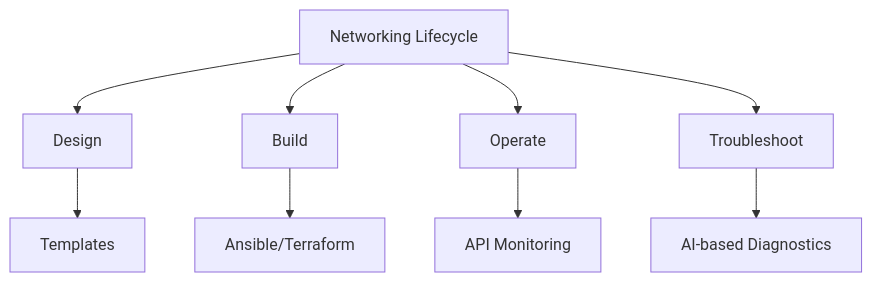
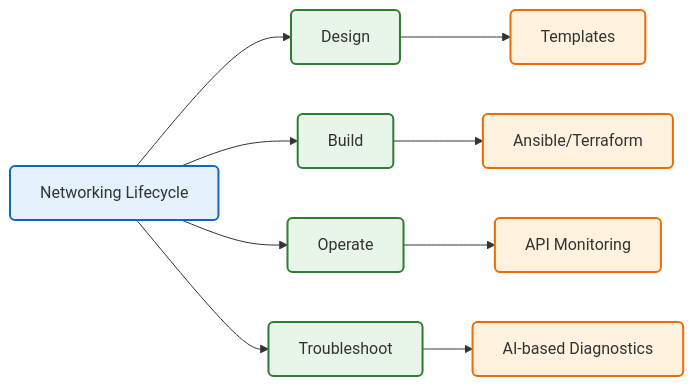
The diagram in diagrams/08-automation-lifecycle.md (tej554/network-automation-visuals), drawn with Mermaid before and after one commit. The commit also changed 16 other files, not shown here.

````diff
--- a/diagrams/08-automation-lifecycle.md
+++ b/diagrams/08-automation-lifecycle.md
@@ -7,13 +7,22 @@
 ```mermaid
-flowchart TD
+flowchart LR
     N[Networking Lifecycle]
     N --> D[Design]
     N --> B[Build]
     N --> O[Operate]
     N --> T[Troubleshoot]
 
     D --> D1[Templates]
     B --> B1[Ansible/Terraform]
     O --> O1[API Monitoring]
     T --> T1[AI-based Diagnostics]
+
+    classDef default fill:#fff,stroke:#333,stroke-width:1px,rx:5,ry:5;
+    classDef root fill:#e3f2fd,stroke:#1565c0,stroke-width:2px;
+    classDef phase fill:#e8f5e9,stroke:#2e7d32,stroke-width:2px;
+    classDef tool fill:#fff3e0,stroke:#ef6c00,stroke-width:2px;
+
+    class N root;
+    class D,B,O,T phase;
+    class D1,B1,O1,T1 tool;
 ```
````
